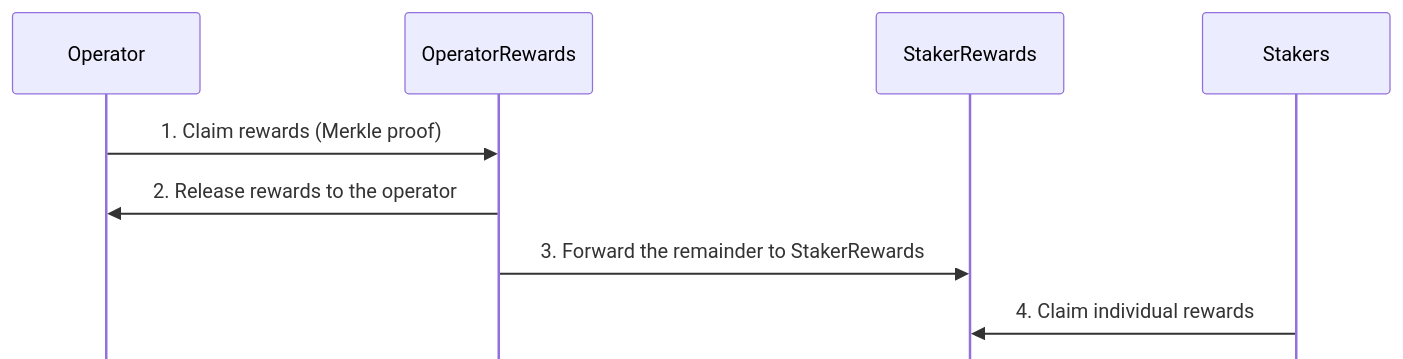
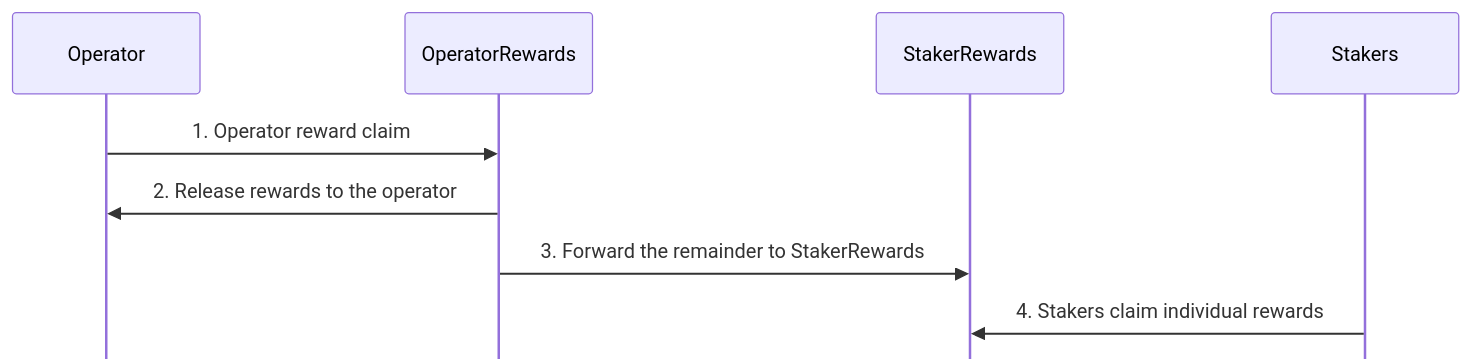
Before and after one commit to moondance-labs/tanssi-docs: the fourth of 5 diagrams in learn/tanssi/external-security-providers/symbiotic.md, drawn with Mermaid. The commit also changed other lines of this file, not shown here.

Commit message:
chore: fix tittles and diagrams

````diff
--- a/learn/tanssi/external-security-providers/symbiotic.md
+++ b/learn/tanssi/external-security-providers/symbiotic.md
@@ -158,13 +158,13 @@
 ```mermaid
 %%{init: {'sequence': {'mirrorActors': false}}}%%
 sequenceDiagram
  participant Operator
  participant OperatorRewards
  participant StakerRewards
  participant Stakers
 
- Operator->>OperatorRewards: 1. Claim rewards (Merkle proof)
+ Operator->>OperatorRewards: 1. Operator reward claim
  OperatorRewards->>Operator: 2. Release rewards to the operator
  OperatorRewards->>StakerRewards: 3. Forward the remainder to StakerRewards
- Stakers->>StakerRewards: 4. Claim individual rewards
+ Stakers->>StakerRewards: 4. Stakers claim individual rewards
 ```
````
